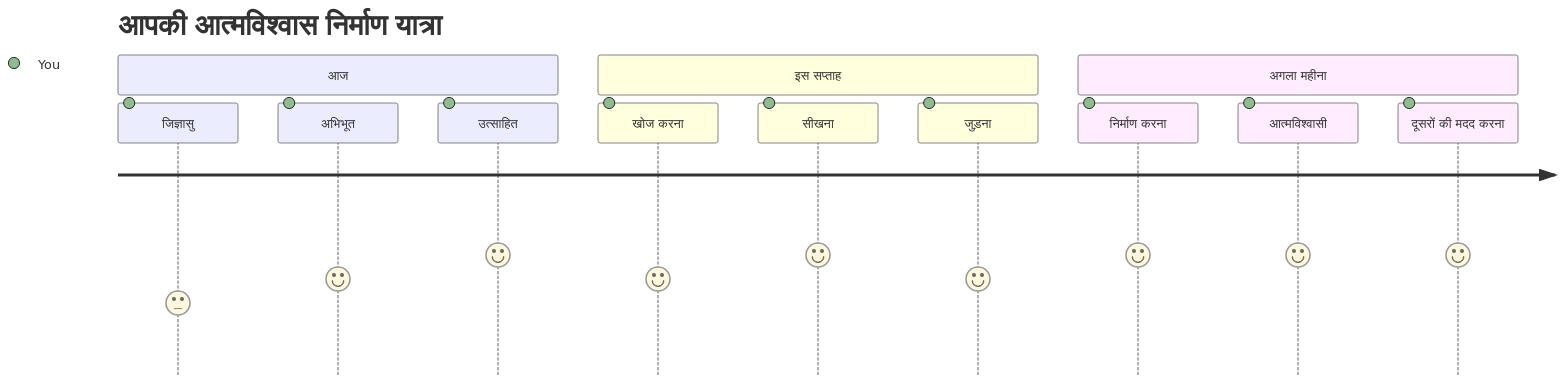
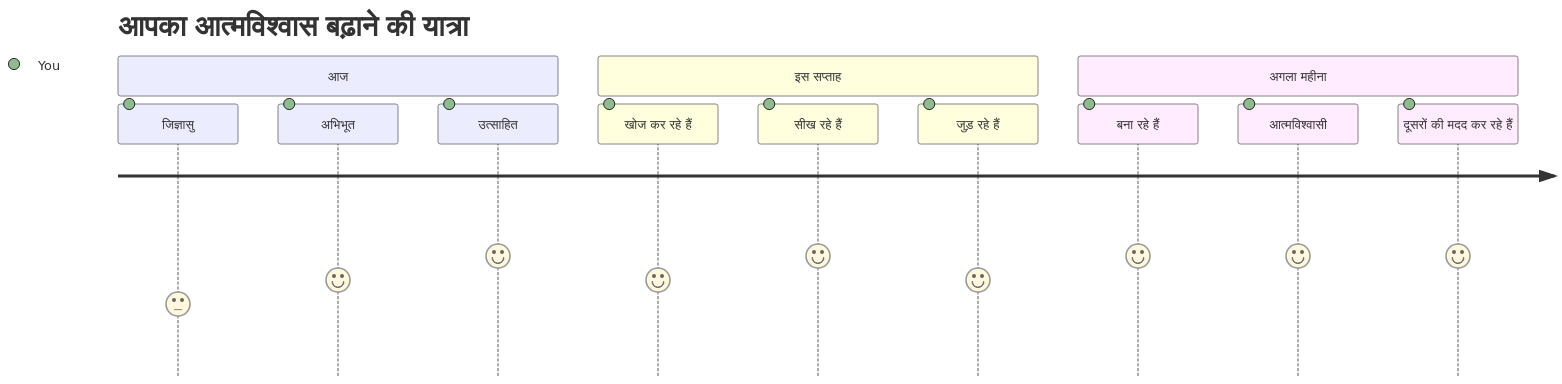
One commit to microsoft/Web-Dev-For-Beginners changed the seventh of 7 diagrams in translations/hi/1-getting-started-lessons/1-intro-to-programming-languages/README.md. Above: the diagram before and after it, drawn with Mermaid. The commit also changed other lines of this file and 11 other files, not shown here.

````diff
--- a/translations/hi/1-getting-started-lessons/1-intro-to-programming-languages/README.md
+++ b/translations/hi/1-getting-started-lessons/1-intro-to-programming-languages/README.md
@@ -831,16 +833,16 @@
 ```mermaid
 journey
-    title आपकी आत्मविश्वास निर्माण यात्रा
+    title आपका आत्मविश्वास बढ़ाने की यात्रा
     section आज
       जिज्ञासु: 3: You
       अभिभूत: 4: You
       उत्साहित: 5: You
     section इस सप्ताह
-      खोज करना: 4: You
-      सीखना: 5: You
-      जुड़ना: 4: You
+      खोज कर रहे हैं: 4: You
+      सीख रहे हैं: 5: You
+      जुड़ रहे हैं: 4: You
     section अगला महीना
-      निर्माण करना: 5: You
+      बना रहे हैं: 5: You
       आत्मविश्वासी: 5: You
-      दूसरों की मदद करना: 5: You
+      दूसरों की मदद कर रहे हैं: 5: You
 ```
````
